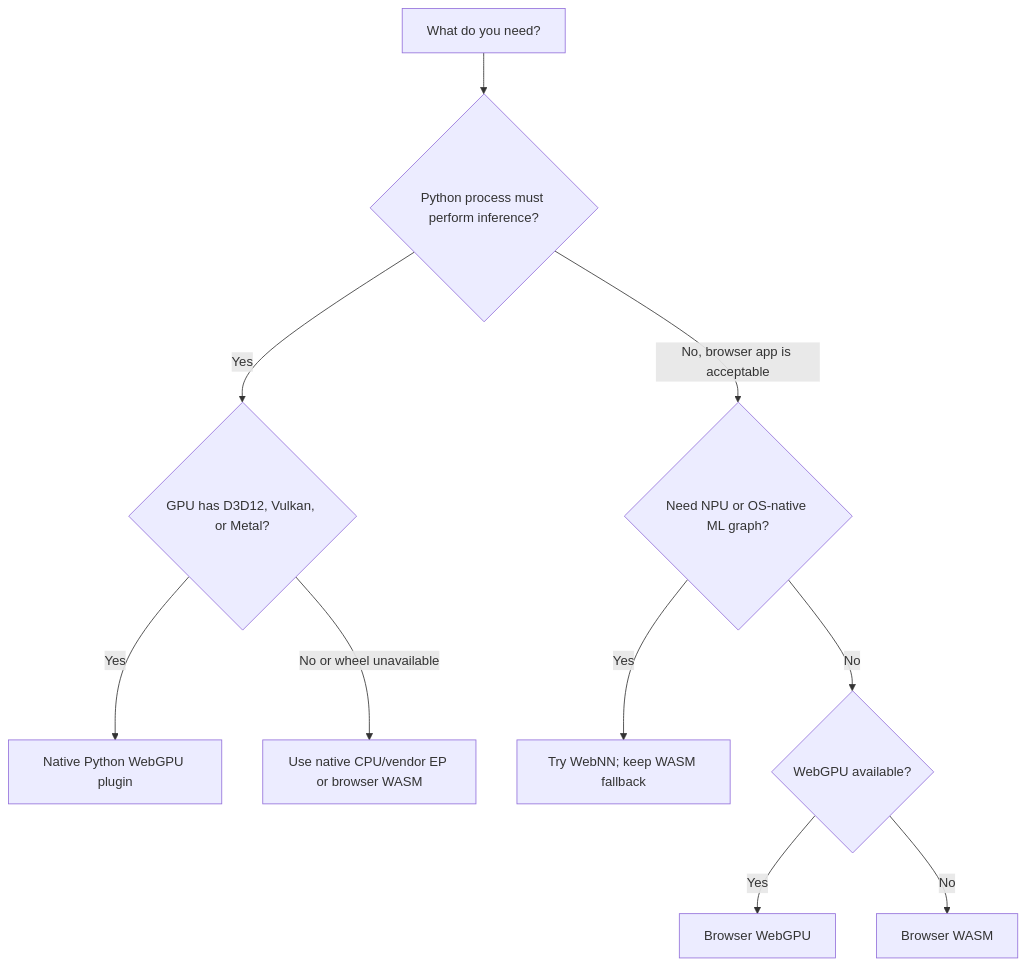
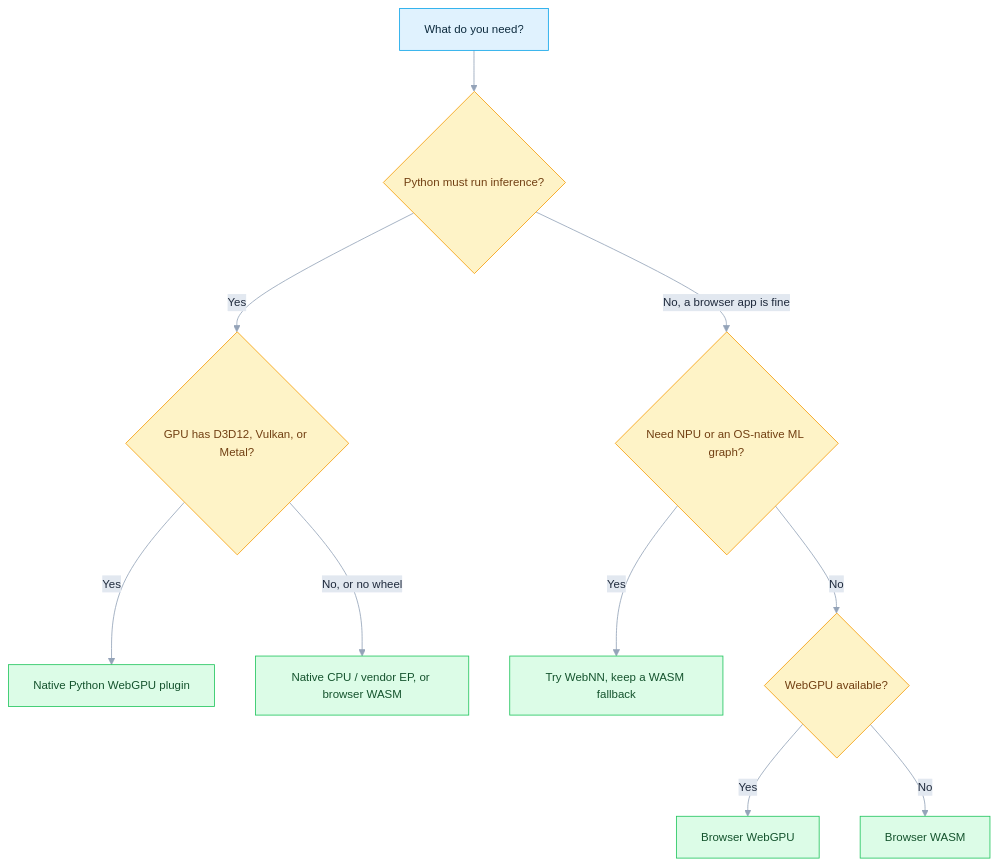
Before and after one commit to DakeQQ/Tutorial-ONNX-Runtime-Execution-Providers: the third of 7 diagrams in WebGPU/README.md, drawn with Mermaid. The commit also changed other lines of this file and 15 other files, not shown here.

````diff
--- a/WebGPU/README.md
+++ b/WebGPU/README.md
@@ -94,12 +149,20 @@
 ```mermaid
+%%{init: {"theme":"base","themeVariables":{"fontSize":"14px","lineColor":"#94a3b8","edgeLabelBackground":"#e2e8f0","primaryTextColor":"#1e293b"}}}%%
 flowchart TD
-    A[What do you need?] --> B{Python process must perform inference?}
-    B -->|Yes| C{GPU has D3D12, Vulkan, or Metal?}
-    C -->|Yes| D[Native Python WebGPU plugin]
-    C -->|No or wheel unavailable| E[Use native CPU/vendor EP or browser WASM]
-    B -->|No, browser app is acceptable| F{Need NPU or OS-native ML graph?}
-    F -->|Yes| G[Try WebNN; keep WASM fallback]
-    F -->|No| H{WebGPU available?}
-    H -->|Yes| I[Browser WebGPU]
-    H -->|No| J[Browser WASM]
+    A["What do you need?"] --> B{"Python must run inference?"}
+    B -->|Yes| C{"GPU has D3D12, Vulkan, or Metal?"}
+    C -->|Yes| D["Native Python WebGPU plugin"]
+    C -->|No, or no wheel| E["Native CPU / vendor EP, or browser WASM"]
+    B -->|No, a browser app is fine| F{"Need NPU or an OS-native ML graph?"}
+    F -->|Yes| G["Try WebNN, keep a WASM fallback"]
+    F -->|No| H{"WebGPU available?"}
+    H -->|Yes| I["Browser WebGPU"]
+    H -->|No| J["Browser WASM"]
+
+    classDef step fill:#e0f2fe,stroke:#0ea5e9,color:#0c2a3d;
+    classDef dec fill:#fef3c7,stroke:#f59e0b,color:#713f12;
+    classDef good fill:#dcfce7,stroke:#22c55e,color:#14532d;
+    class A step;
+    class B,C,F,H dec;
+    class D,E,G,I,J good;
 ```
````
